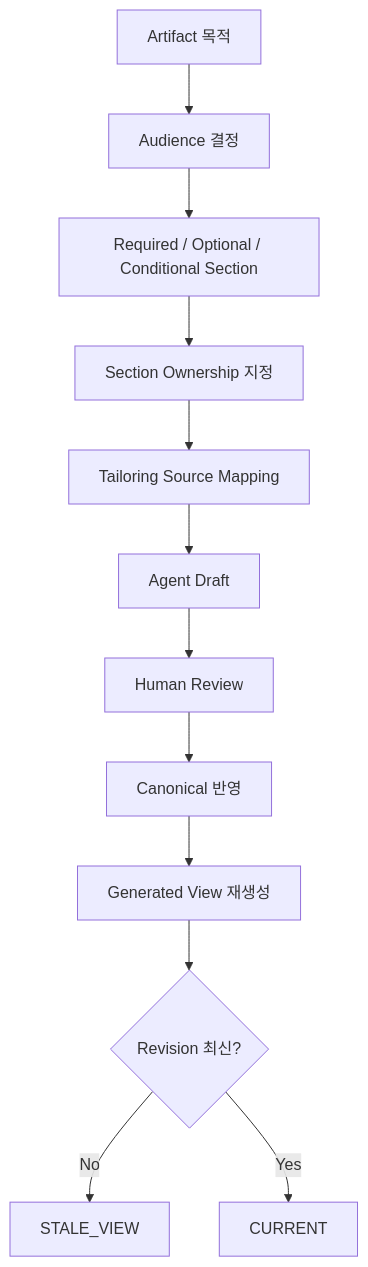
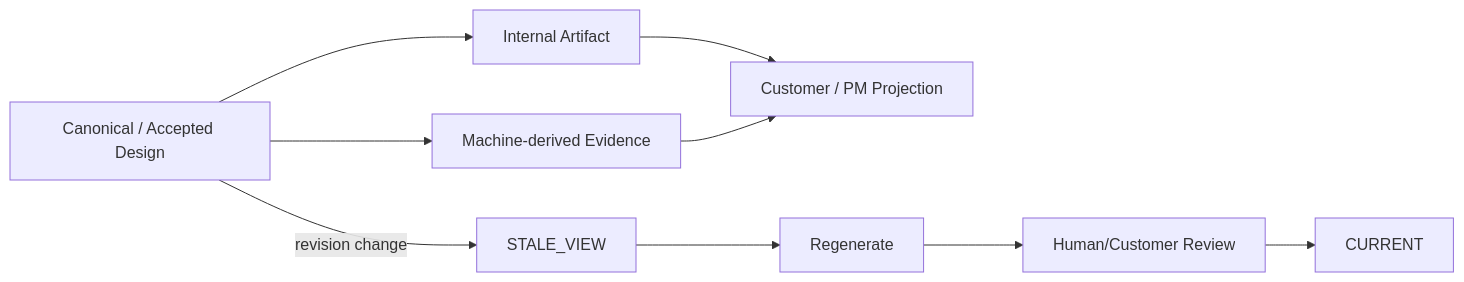
Before and after one commit to Seunghyun0606/SDLC_DDD_SDD: the diagram in docs/00_시작/04_TEMPLATE_및_산출물_가이드.md, drawn with Mermaid. The commit also changed other lines of this file, not shown here.

Commit message:
docs(v1.9): align template ownership and projection lifecycle

````diff
--- a/docs/00_시작/04_TEMPLATE_및_산출물_가이드.md
+++ b/docs/00_시작/04_TEMPLATE_및_산출물_가이드.md
@@ -21,14 +9,9 @@
 ```mermaid
-flowchart TD
-    A["Artifact 목적"] --> B["Audience 결정"]
-    B --> C["Required / Optional / Conditional Section"]
-    C --> D["Section Ownership 지정"]
-    D --> E["Tailoring Source Mapping"]
-    E --> F["Agent Draft"]
-    F --> G["Human Review"]
-    G --> H["Canonical 반영"]
-    H --> I["Generated View 재생성"]
-    I --> J{"Revision 최신?"}
-    J -- "No" --> K["STALE_VIEW"]
-    J -- "Yes" --> L["CURRENT"]
+flowchart LR
+    C["Canonical / Accepted Design"] --> I["Internal Artifact"]
+    C --> M["Machine-derived Evidence"]
+    I --> P["Customer / PM Projection"]
+    M --> P
+    C -->|revision change| S["STALE_VIEW"]
+    S --> R["Regenerate"] --> H["Human/Customer Review"] --> U["CURRENT"]
 ```
````
